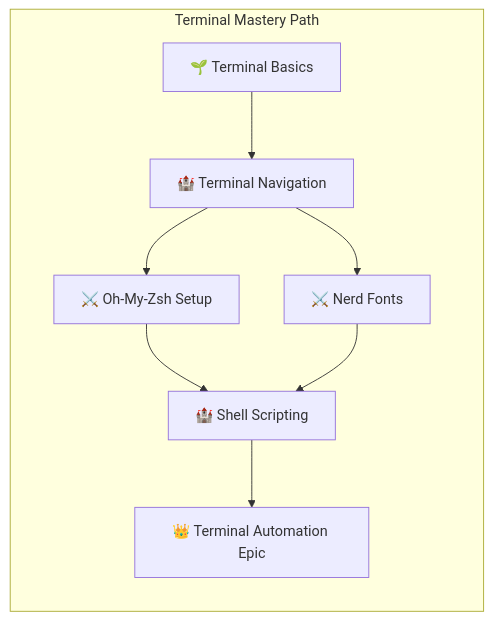
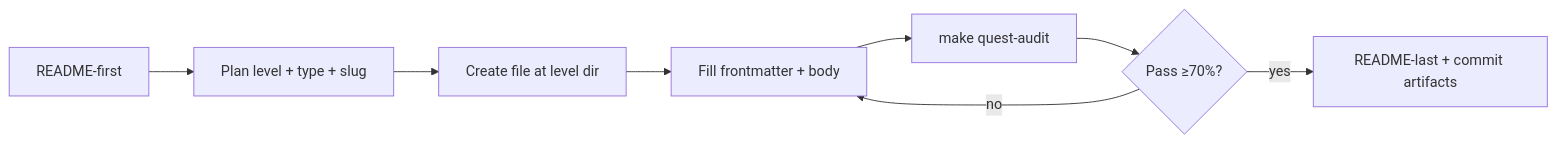
One commit to bamr87/README changed the diagram in docs/it-journey/.github/instructions/quest.instructions.md. Above: the diagram before and after it, drawn with Mermaid. The commit also changed other lines of this file and 911 other files, not shown here.

````diff
--- a/docs/it-journey/.github/instructions/quest.instructions.md
+++ b/docs/it-journey/.github/instructions/quest.instructions.md
@@ -1032,11 +18,10 @@
 ```mermaid
-graph LR
-    subgraph "Terminal Mastery Path"
-        A[🌱 Terminal Basics] --> B[🏰 Terminal Navigation]
-        B --> C[⚔️ Oh-My-Zsh Setup]
-        B --> D[⚔️ Nerd Fonts]
-        C --> E[🏰 Shell Scripting]
-        D --> E
-        E --> F[👑 Terminal Automation Epic]
-    end
+flowchart LR
+  A[README-first] --> B[Plan level + type + slug]
+  B --> C[Create file at level dir]
+  C --> D[Fill frontmatter + body]
+  D --> E["make quest-audit"]
+  E --> F{Pass ≥70%?}
+  F -->|no| D
+  F -->|yes| G[README-last + commit artifacts]
 ```
````
